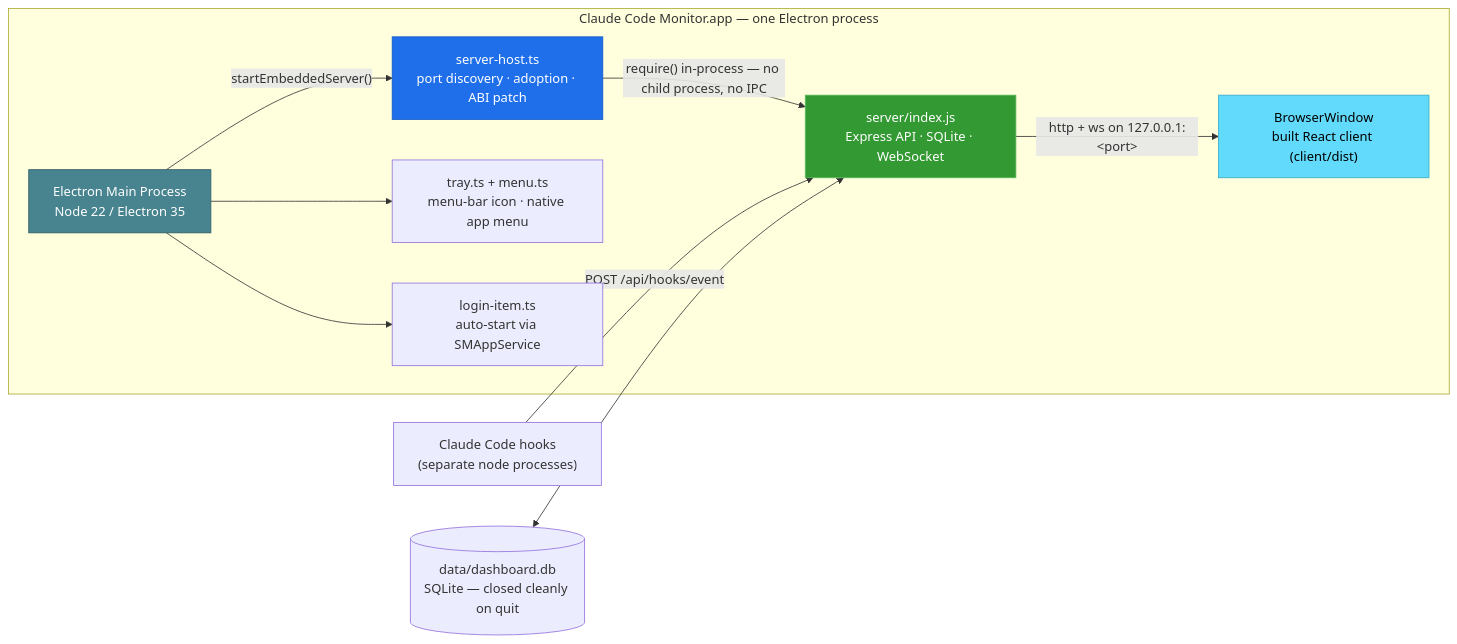
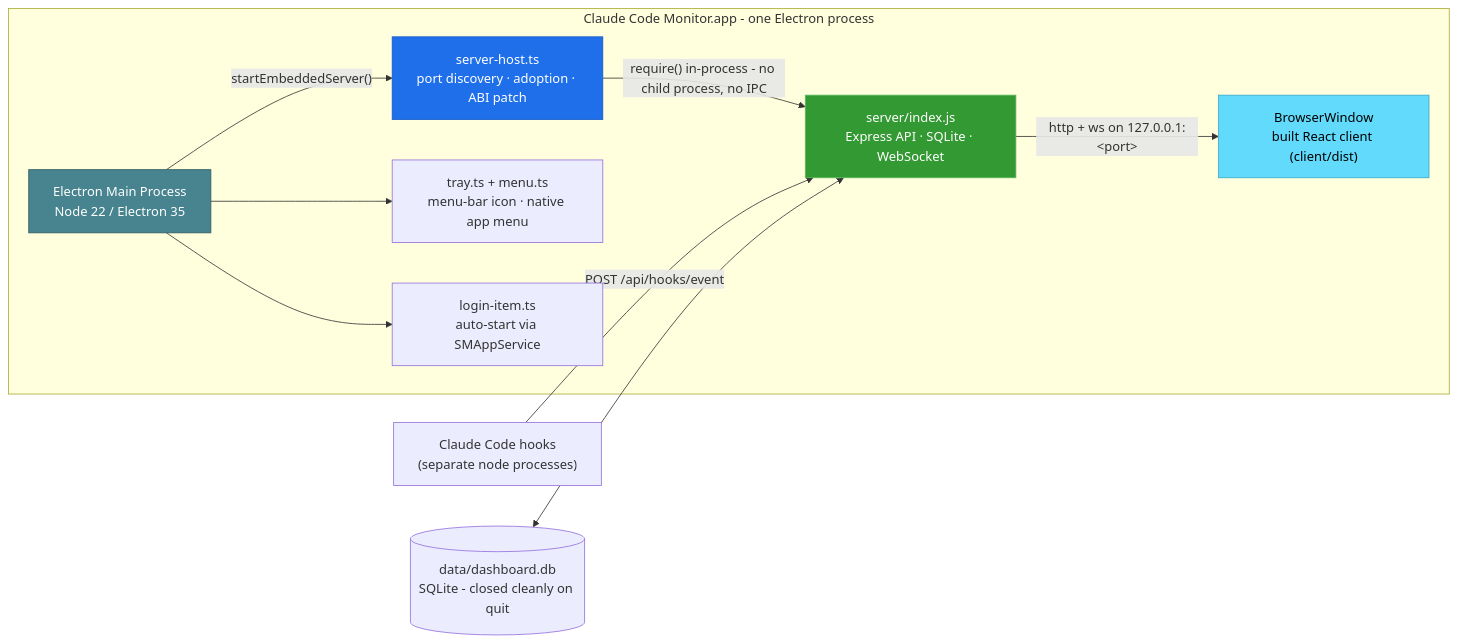
One commit to MrZarrar/Jarvis-Sub-Agent-Dashboard changed diagram 15 of 23 in README.md. Above: the diagram before and after it, drawn with Mermaid. The commit also changed other lines of this file and 382 other files, not shown here.

````diff
--- a/README.md
+++ b/README.md
@@ -1521,24 +1533,24 @@
 ```mermaid
 flowchart LR
-    subgraph electron["Claude Code Monitor.app — one Electron process"]
+    subgraph electron["Claude Code Monitor.app - one Electron process"]
         main["Electron Main Process<br/>Node 22 / Electron 35"]
         host["server-host.ts<br/>port discovery · adoption · ABI patch"]
         express["server/index.js<br/>Express API · SQLite · WebSocket"]
         win["BrowserWindow<br/>built React client (client/dist)"]
         tray["tray.ts + menu.ts<br/>menu-bar icon · native app menu"]
         login["login-item.ts<br/>auto-start via SMAppService"]
         main -->|"startEmbeddedServer()"| host
-        host -->|"require() in-process — no child process, no IPC"| express
+        host -->|"require() in-process - no child process, no IPC"| express
         main --> tray
         main --> login
         express -->|"http + ws on 127.0.0.1:&lt;port&gt;"| win
     end
 
     hooks["Claude Code hooks<br/>(separate node processes)"] -->|"POST /api/hooks/event"| express
-    sqlite[("data/dashboard.db<br/>SQLite — closed cleanly on quit")] <--> express
+    sqlite[("data/dashboard.db<br/>SQLite - closed cleanly on quit")] <--> express
 
     style main fill:#47848F,stroke:#2f5a62,color:#fff
     style express fill:#339933,stroke:#5cb85c,color:#fff
     style win fill:#61DAFB,stroke:#3aa9c9,color:#000
     style host fill:#1f6feb,stroke:#1158c7,color:#fff
 ```
````
